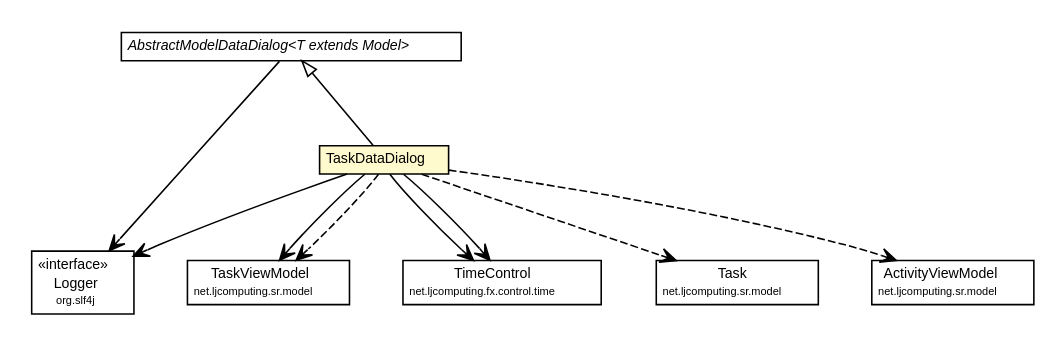
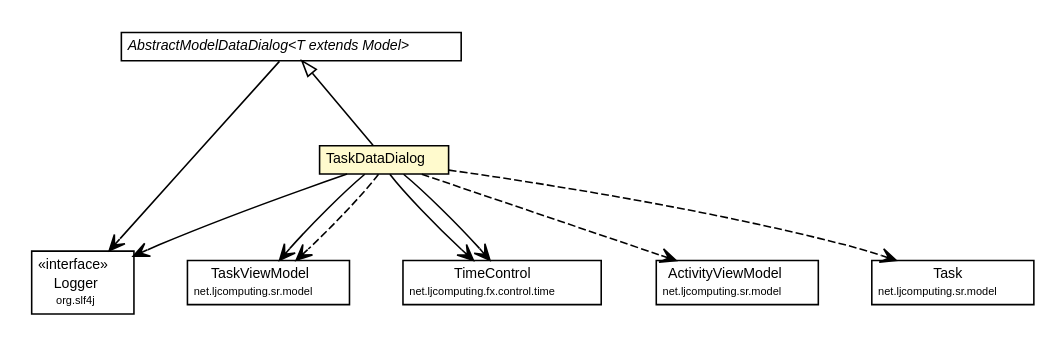
The diagram in net.ljcomputing.status-reporter-2/docs/javadoc/apidocs/net/ljcomputing/sr/fx/dialog/impl/TaskDataDialog.dot (willmorejg/net.ljcomputing.sr2), drawn with Graphviz before and after one commit. The commit also changed 373 other files, not shown here.

```diff
--- a/net.ljcomputing.status-reporter-2/docs/javadoc/apidocs/net/ljcomputing/sr/fx/dialog/impl/TaskDataDialog.dot
+++ b/net.ljcomputing.status-reporter-2/docs/javadoc/apidocs/net/ljcomputing/sr/fx/dialog/impl/TaskDataDialog.dot
@@ -1,78 +1,78 @@
 #!/usr/local/bin/dot
 #
 # Class diagram 
 # Generated by UMLGraph version R5_6 (http://www.umlgraph.org/)
 #
 
 digraph G {
 	edge [fontname="Helvetica",fontsize=10,labelfontname="Helvetica",labelfontsize=10];
 	node [fontname="Helvetica",fontsize=10,shape=plaintext];
 	nodesep=0.25;
 	ranksep=0.5;
 	// net.ljcomputing.sr.fx.dialog.impl.AbstractModelDataDialog<T extends net.ljcomputing.model.Model>
-	c1355 [label=<<table title="net.ljcomputing.sr.fx.dialog.impl.AbstractModelDataDialog" border="0" cellborder="1" cellspacing="0" cellpadding="2" port="p" href="./AbstractModelDataDialog.html">
+	c1282 [label=<<table title="net.ljcomputing.sr.fx.dialog.impl.AbstractModelDataDialog" border="0" cellborder="1" cellspacing="0" cellpadding="2" port="p" href="./AbstractModelDataDialog.html">
 		<tr><td><table border="0" cellspacing="0" cellpadding="1">
 <tr><td align="center" balign="center"><font face="Helvetica-Oblique"> AbstractModelDataDialog&lt;T extends Model&gt; </font></td></tr>
 		</table></td></tr>
 		</table>>, URL="./AbstractModelDataDialog.html", fontname="Helvetica", fontcolor="black", fontsize=9.0];
 	// net.ljcomputing.sr.fx.dialog.impl.TaskDataDialog
-	c1356 [label=<<table title="net.ljcomputing.sr.fx.dialog.impl.TaskDataDialog" border="0" cellborder="1" cellspacing="0" cellpadding="2" port="p" bgcolor="lemonChiffon" href="./TaskDataDialog.html">
+	c1283 [label=<<table title="net.ljcomputing.sr.fx.dialog.impl.TaskDataDialog" border="0" cellborder="1" cellspacing="0" cellpadding="2" port="p" bgcolor="lemonChiffon" href="./TaskDataDialog.html">
 		<tr><td><table border="0" cellspacing="0" cellpadding="1">
 <tr><td align="center" balign="center"> TaskDataDialog </td></tr>
 		</table></td></tr>
 		</table>>, URL="./TaskDataDialog.html", fontname="Helvetica", fontcolor="black", fontsize=9.0];
 	//net.ljcomputing.sr.fx.dialog.impl.TaskDataDialog extends net.ljcomputing.sr.fx.dialog.impl.AbstractModelDataDialog<net.ljcomputing.sr.model.TaskViewModel>
-	c1355:p -> c1356:p [dir=back,arrowtail=empty];
+	c1282:p -> c1283:p [dir=back,arrowtail=empty];
 	// net.ljcomputing.sr.fx.dialog.impl.AbstractModelDataDialog<T extends net.ljcomputing.model.Model> NAVASSOC org.slf4j.Logger
-	c1355:p -> c1377:p [taillabel="", label="", headlabel="", fontname="Helvetica", fontcolor="black", fontsize=10.0, color="black", arrowhead=open];
+	c1282:p -> c1303:p [taillabel="", label="", headlabel="", fontname="Helvetica", fontcolor="black", fontsize=10.0, color="black", arrowhead=open];
 	// net.ljcomputing.sr.fx.dialog.impl.TaskDataDialog NAVASSOC org.slf4j.Logger
-	c1356:p -> c1377:p [taillabel="", label="", headlabel="", fontname="Helvetica", fontcolor="black", fontsize=10.0, color="black", arrowhead=open];
+	c1283:p -> c1303:p [taillabel="", label="", headlabel="", fontname="Helvetica", fontcolor="black", fontsize=10.0, color="black", arrowhead=open];
 	// net.ljcomputing.sr.fx.dialog.impl.TaskDataDialog NAVASSOC net.ljcomputing.sr.model.TaskViewModel
-	c1356:p -> c1378:p [taillabel="", label="", headlabel="", fontname="Helvetica", fontcolor="black", fontsize=10.0, color="black", arrowhead=open];
+	c1283:p -> c1304:p [taillabel="", label="", headlabel="", fontname="Helvetica", fontcolor="black", fontsize=10.0, color="black", arrowhead=open];
 	// net.ljcomputing.sr.fx.dialog.impl.TaskDataDialog NAVASSOC net.ljcomputing.fx.control.time.TimeControl
-	c1356:p -> c1379:p [taillabel="", label="", headlabel="", fontname="Helvetica", fontcolor="black", fontsize=10.0, color="black", arrowhead=open];
+	c1283:p -> c1305:p [taillabel="", label="", headlabel="", fontname="Helvetica", fontcolor="black", fontsize=10.0, color="black", arrowhead=open];
 	// net.ljcomputing.sr.fx.dialog.impl.TaskDataDialog NAVASSOC net.ljcomputing.fx.control.time.TimeControl
-	c1356:p -> c1379:p [taillabel="", label="", headlabel="", fontname="Helvetica", fontcolor="black", fontsize=10.0, color="black", arrowhead=open];
+	c1283:p -> c1305:p [taillabel="", label="", headlabel="", fontname="Helvetica", fontcolor="black", fontsize=10.0, color="black", arrowhead=open];
+	// net.ljcomputing.sr.fx.dialog.impl.TaskDataDialog DEPEND net.ljcomputing.sr.model.ActivityViewModel
+	c1283:p -> c1306:p [taillabel="", label="", headlabel="", fontname="Helvetica", fontcolor="black", fontsize=10.0, color="black", arrowhead=open, style=dashed];
 	// net.ljcomputing.sr.fx.dialog.impl.TaskDataDialog DEPEND net.ljcomputing.sr.model.Task
-	c1356:p -> c1380:p [taillabel="", label="", headlabel="", fontname="Helvetica", fontcolor="black", fontsize=10.0, color="black", arrowhead=open, style=dashed];
-	// net.ljcomputing.sr.fx.dialog.impl.TaskDataDialog DEPEND net.ljcomputing.sr.model.ActivityViewModel
-	c1356:p -> c1381:p [taillabel="", label="", headlabel="", fontname="Helvetica", fontcolor="black", fontsize=10.0, color="black", arrowhead=open, style=dashed];
+	c1283:p -> c1307:p [taillabel="", label="", headlabel="", fontname="Helvetica", fontcolor="black", fontsize=10.0, color="black", arrowhead=open, style=dashed];
 	// net.ljcomputing.sr.fx.dialog.impl.TaskDataDialog DEPEND net.ljcomputing.sr.model.TaskViewModel
-	c1356:p -> c1378:p [taillabel="", label="", headlabel="", fontname="Helvetica", fontcolor="black", fontsize=10.0, color="black", arrowhead=open, style=dashed];
+	c1283:p -> c1304:p [taillabel="", label="", headlabel="", fontname="Helvetica", fontcolor="black", fontsize=10.0, color="black", arrowhead=open, style=dashed];
 	// net.ljcomputing.sr.model.ActivityViewModel
-	c1381 [label=<<table title="net.ljcomputing.sr.model.ActivityViewModel" border="0" cellborder="1" cellspacing="0" cellpadding="2" port="p">
+	c1306 [label=<<table title="net.ljcomputing.sr.model.ActivityViewModel" border="0" cellborder="1" cellspacing="0" cellpadding="2" port="p">
 		<tr><td><table border="0" cellspacing="0" cellpadding="1">
 <tr><td align="center" balign="center"> ActivityViewModel </td></tr>
 <tr><td align="center" balign="center"><font point-size="7.0"> net.ljcomputing.sr.model </font></td></tr>
 		</table></td></tr>
 		</table>>, URL="null", fontname="Helvetica", fontcolor="black", fontsize=9.0];
 	// net.ljcomputing.sr.model.Task
-	c1380 [label=<<table title="net.ljcomputing.sr.model.Task" border="0" cellborder="1" cellspacing="0" cellpadding="2" port="p">
+	c1307 [label=<<table title="net.ljcomputing.sr.model.Task" border="0" cellborder="1" cellspacing="0" cellpadding="2" port="p">
 		<tr><td><table border="0" cellspacing="0" cellpadding="1">
 <tr><td align="center" balign="center"> Task </td></tr>
 <tr><td align="center" balign="center"><font point-size="7.0"> net.ljcomputing.sr.model </font></td></tr>
 		</table></td></tr>
 		</table>>, URL="null", fontname="Helvetica", fontcolor="black", fontsize=9.0];
 	// org.slf4j.Logger
-	c1377 [label=<<table title="org.slf4j.Logger" border="0" cellborder="1" cellspacing="0" cellpadding="2" port="p" href="http://www.slf4j.org/apidocs/org/slf4j/Logger.html">
+	c1303 [label=<<table title="org.slf4j.Logger" border="0" cellborder="1" cellspacing="0" cellpadding="2" port="p" href="http://www.slf4j.org/apidocs/org/slf4j/Logger.html">
 		<tr><td><table border="0" cellspacing="0" cellpadding="1">
 <tr><td align="center" balign="center"> &#171;interface&#187; </td></tr>
 <tr><td align="center" balign="center"> Logger </td></tr>
 <tr><td align="center" balign="center"><font point-size="7.0"> org.slf4j </font></td></tr>
 		</table></td></tr>
 		</table>>, URL="http://www.slf4j.org/apidocs/org/slf4j/Logger.html", fontname="Helvetica", fontcolor="black", fontsize=9.0];
 	// net.ljcomputing.sr.model.TaskViewModel
-	c1378 [label=<<table title="net.ljcomputing.sr.model.TaskViewModel" border="0" cellborder="1" cellspacing="0" cellpadding="2" port="p">
+	c1304 [label=<<table title="net.ljcomputing.sr.model.TaskViewModel" border="0" cellborder="1" cellspacing="0" cellpadding="2" port="p">
 		<tr><td><table border="0" cellspacing="0" cellpadding="1">
 <tr><td align="center" balign="center"> TaskViewModel </td></tr>
 <tr><td align="center" balign="center"><font point-size="7.0"> net.ljcomputing.sr.model </font></td></tr>
 		</table></td></tr>
 		</table>>, URL="null", fontname="Helvetica", fontcolor="black", fontsize=9.0];
 	// net.ljcomputing.fx.control.time.TimeControl
-	c1379 [label=<<table title="net.ljcomputing.fx.control.time.TimeControl" border="0" cellborder="1" cellspacing="0" cellpadding="2" port="p">
+	c1305 [label=<<table title="net.ljcomputing.fx.control.time.TimeControl" border="0" cellborder="1" cellspacing="0" cellpadding="2" port="p">
 		<tr><td><table border="0" cellspacing="0" cellpadding="1">
 <tr><td align="center" balign="center"> TimeControl </td></tr>
 <tr><td align="center" balign="center"><font point-size="7.0"> net.ljcomputing.fx.control.time </font></td></tr>
 		</table></td></tr>
 		</table>>, URL="null", fontname="Helvetica", fontcolor="black", fontsize=9.0];
 }
```
